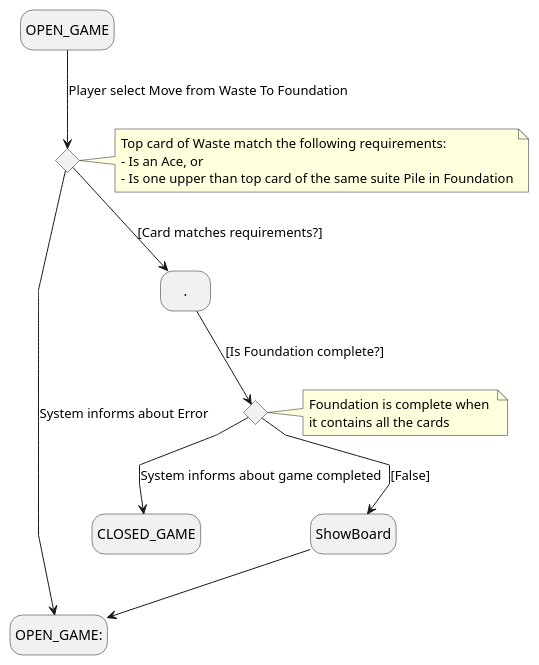
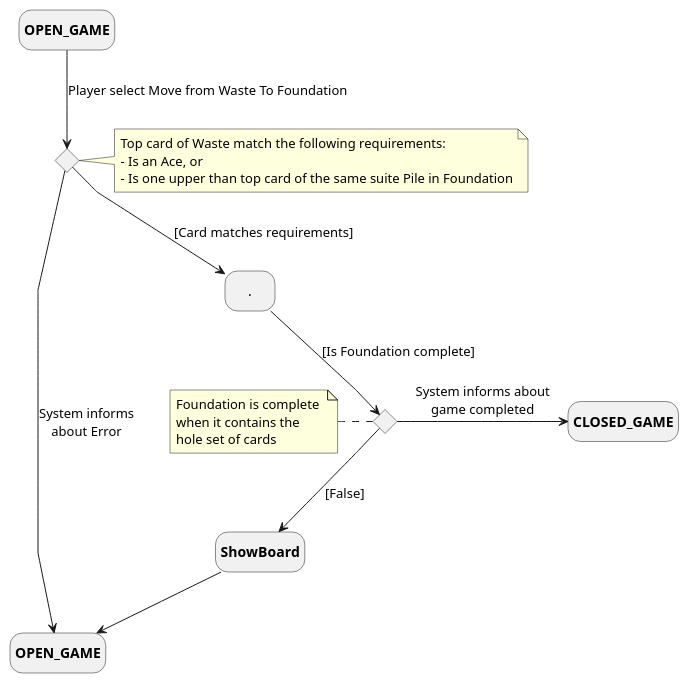
The fifth of 15 diagrams in docs/UseCases.plantuml (Troteaga/klondike), drawn with PlantUML before and after one commit. The commit also changed other lines of this file and 6 other files, not shown here.

```diff
--- a/docs/UseCases.plantuml
+++ b/docs/UseCases.plantuml
@@ -48,31 +48,33 @@
 @startuml Player Moves Card From Waste to Foundation
-
 hide empty description 
 skinparam linetype polyline
 
-state "OPEN_GAME" as 0
-state "OPEN_GAME:" as final1
+state "**OPEN_GAME**" as OPEN_GAME_INITIAL
+state "**OPEN_GAME**" as OPEN_GAME_FINAL
+state "**CLOSED_GAME**" as CLOSED_GAME
+state "**ShowBoard**" as ShowBoard
 state c <<choice>> 
 state d <<choice>> 
-state "." as B
 
 note right of c
   Top card of Waste match the following requirements:
   - Is an Ace, or
   - Is one upper than top card of the same suite Pile in Foundation
 end note
 
-note right of d
-  Foundation is complete when 
-  it contains all the cards
+note left of d
+  Foundation is complete 
+  when it contains the 
+  hole set of cards
 end note
 
-0 -down-> c : Player select Move from Waste To Foundation
-c -down-> B : [Card matches requirements?]
-B -down-> d : [Is Foundation complete?]
-d --> CLOSED_GAME : System informs about game completed
+state "." as A
+
+OPEN_GAME_INITIAL -down-> c : Player select Move from Waste To Foundation
+A -down-> d : [Is Foundation complete]
+c -down-> A : [Card matches requirements]
 d -down-> ShowBoard : [False]
-c -right-> final1 : System informs about Error
-ShowBoard -down-> final1
-
+d -right-> CLOSED_GAME : System informs about\ngame completed
+c -right-> OPEN_GAME_FINAL : System informs\nabout Error
+ShowBoard -down-> OPEN_GAME_FINAL
 @enduml
```
